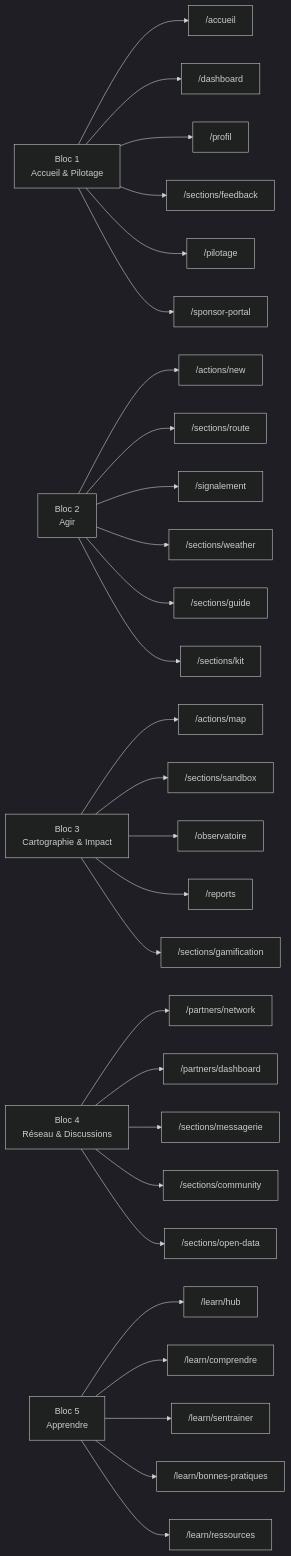
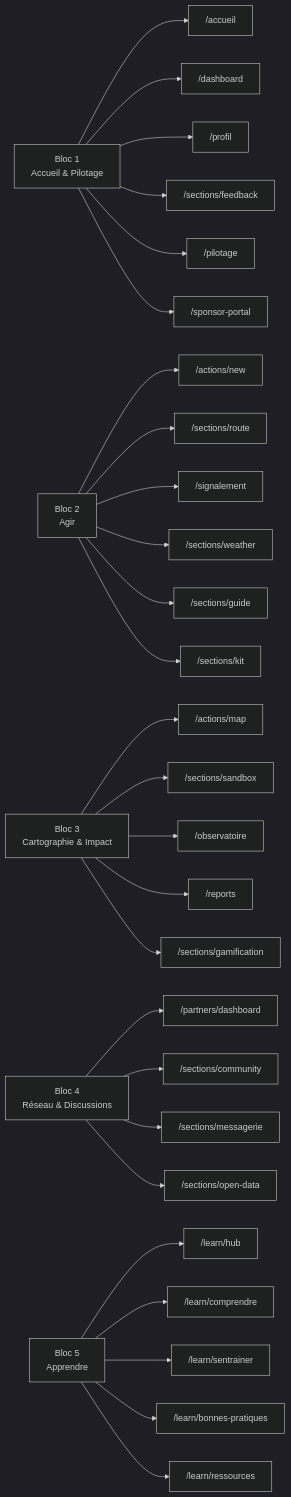
The diagram in documentation/product/matrice-rubriques.md (maxd4/CleanmyMap), drawn with Mermaid (dark theme) before and after one commit. The commit also changed 320 other files, not shown here.

````diff
--- a/documentation/product/matrice-rubriques.md
+++ b/documentation/product/matrice-rubriques.md
@@ -5,40 +5,39 @@
 ```mermaid
 flowchart LR
   B1["Bloc 1\nAccueil & Pilotage"]
   B2["Bloc 2\nAgir"]
   B3["Bloc 3\nCartographie & Impact"]
   B4["Bloc 4\nRéseau & Discussions"]
   B5["Bloc 5\nApprendre"]
 
   B1 --> ACC["/accueil"]
   B1 --> DASH["/dashboard"]
   B1 --> PROFIL["/profil"]
   B1 --> FEEDBACK["/sections/feedback"]
   B1 --> PIL["/pilotage"]
   B1 --> SPONSOR["/sponsor-portal"]
 
   B2 --> NEW["/actions/new"]
   B2 --> ROUTE["/sections/route"]
   B2 --> SIGNAL["/signalement"]
   B2 --> METEO["/sections/weather"]
   B2 --> GUIDE["/sections/guide"]
   B2 --> KIT["/sections/kit"]
 
   B3 --> MAP["/actions/map"]
   B3 --> SANDBOX["/sections/sandbox"]
   B3 --> OBS["/observatoire"]
   B3 --> REP["/reports"]
   B3 --> BADGES["/sections/gamification"]
 
-  B4 --> NET["/partners/network"]
   B4 --> ANNUAIRE["/partners/dashboard"]
+  B4 --> COMM["/sections/community"]
   B4 --> MSG["/sections/messagerie"]
-  B4 --> COMMUNITY["/sections/community"]
   B4 --> OPENDATA["/sections/open-data"]
 
   B5 --> HUB["/learn/hub"]
   B5 --> COMPRENDRE["/learn/comprendre"]
   B5 --> QUIZ["/learn/sentrainer"]
   B5 --> PRATIQUES["/learn/bonnes-pratiques"]
   B5 --> RESSOURCES["/learn/ressources"]
 ```
````
